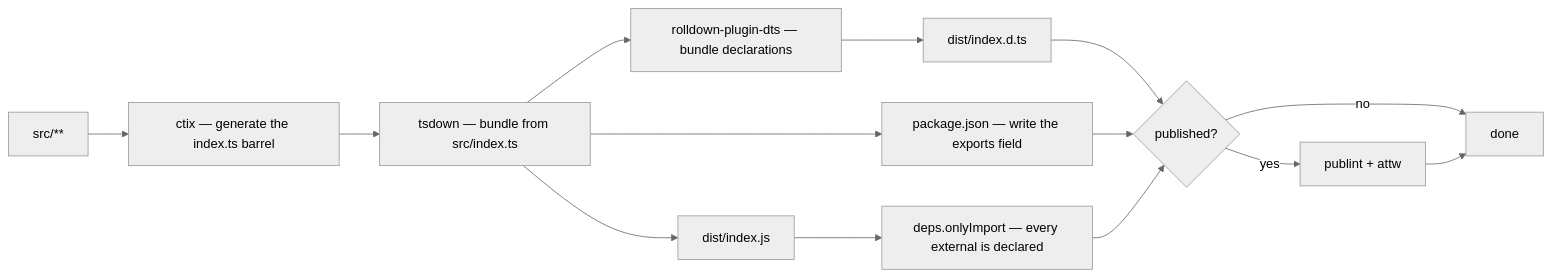
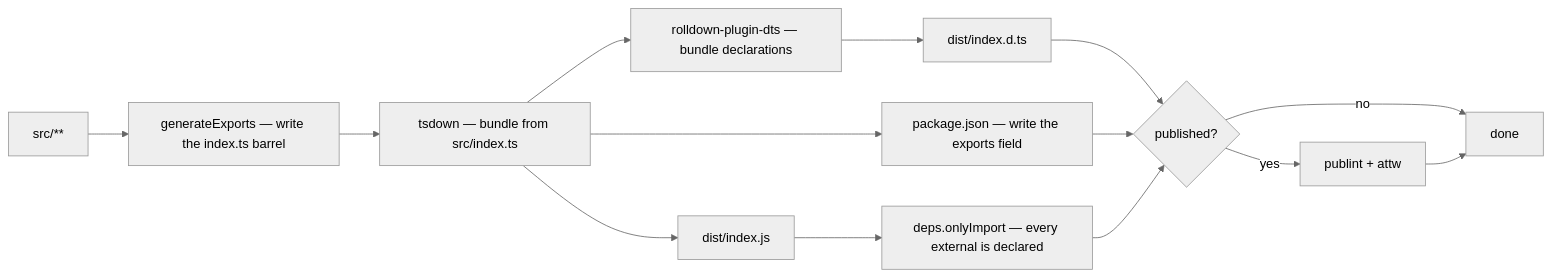
One commit to Esposter/Esposter changed the first of 2 diagrams in apps/web/content/docs/architecture/build-pipeline.md. Above: the diagram before and after it, drawn with Mermaid (neutral theme). The commit also changed other lines of this file and 79 other files, not shown here.

First line of the commit message:
refactor(configuration): generate barrels from rolldown's parse, drop ctix, export:gen and 17 build tsconfigs

````diff
--- a/apps/web/content/docs/architecture/build-pipeline.md
+++ b/apps/web/content/docs/architecture/build-pipeline.md
@@ -16,16 +16,16 @@
 ```mermaid
 flowchart LR
-  S["src/**"] --> C["ctix — generate the index.ts barrel"]
+  S["src/**"] --> C["generateExports — write the index.ts barrel"]
   C --> T["tsdown — bundle from src/index.ts"]
   T --> J["dist/index.js"]
   T --> D["rolldown-plugin-dts — bundle declarations"]
   D --> Y["dist/index.d.ts"]
   T --> M["package.json — write the exports field"]
   J --> O["deps.onlyImport — every external is declared"]
   Y --> G{"published?"}
   M --> G
   O --> G
   G -->|yes| P["publint + attw"]
   G -->|no| Z["done"]
   P --> Z
 ```
````
